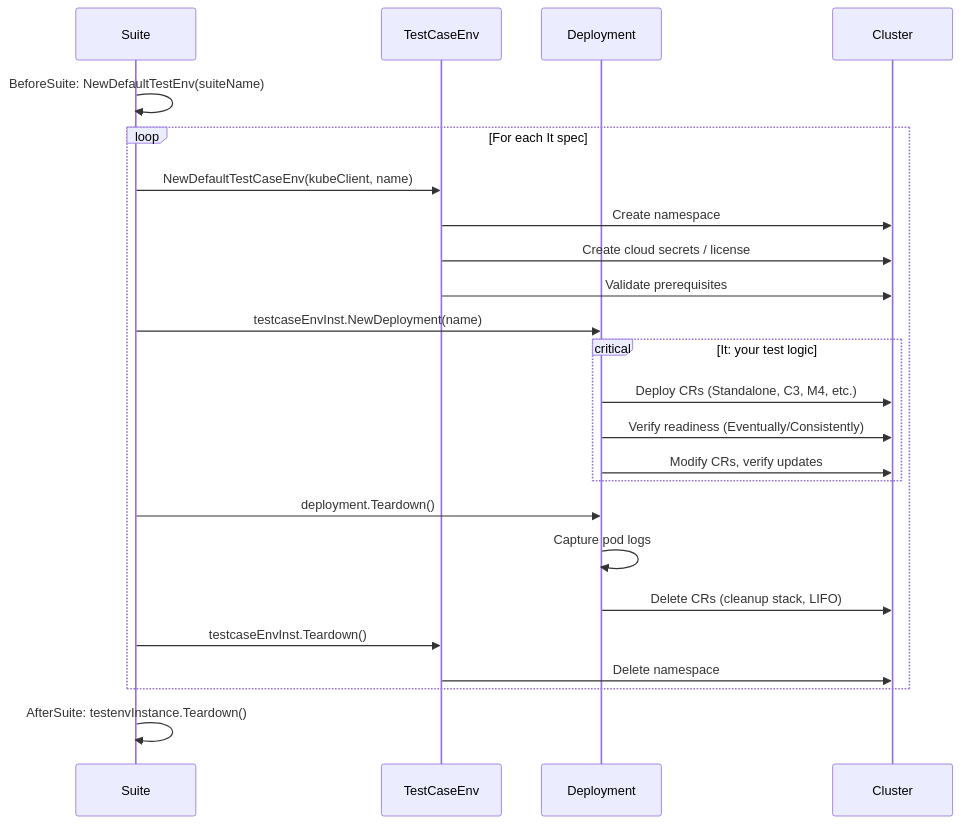
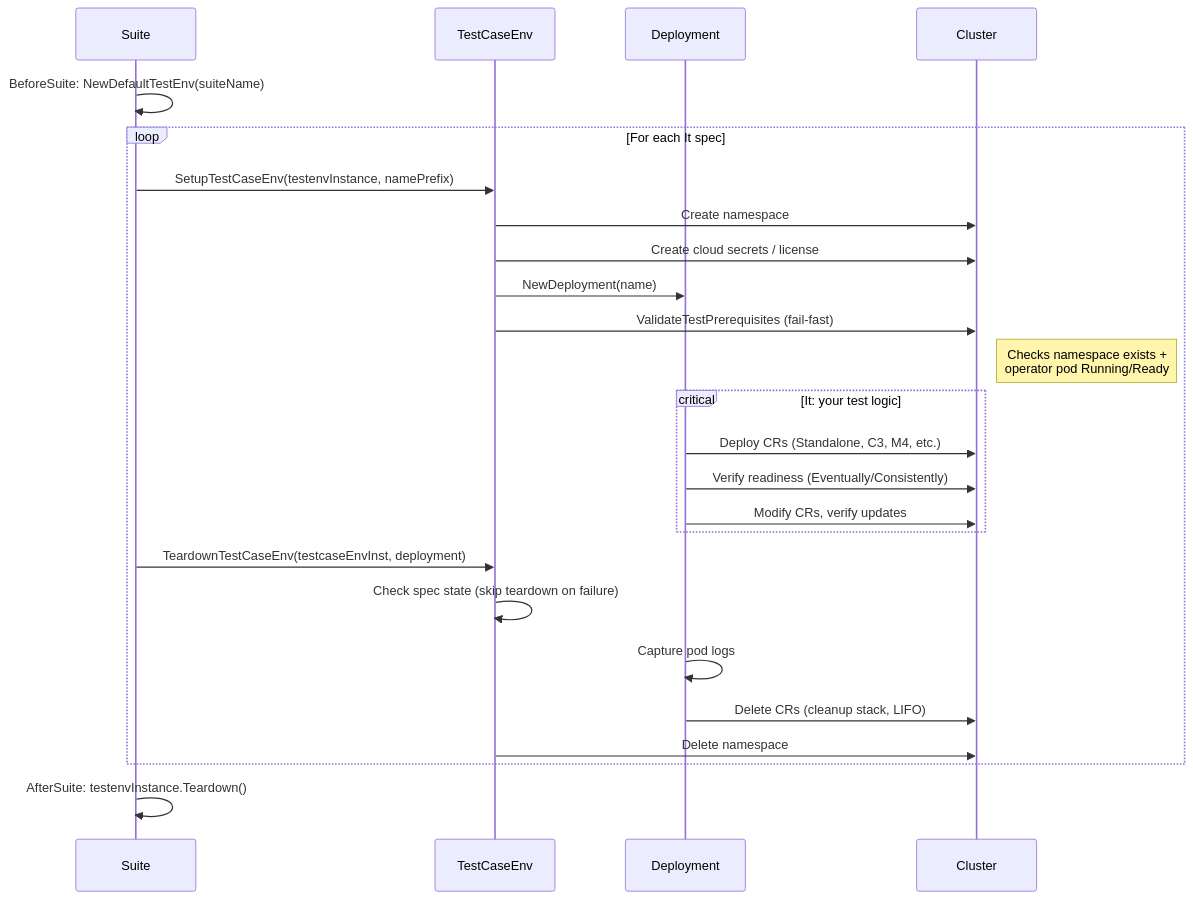
Before and after one commit to splunk/splunk-operator: the second of 2 diagrams in docs/IntegrationTesting.md, drawn with Mermaid. The commit also changed other lines of this file, not shown here.

````diff
--- a/docs/IntegrationTesting.md
+++ b/docs/IntegrationTesting.md
@@ -139,31 +140,32 @@
 ```mermaid
 sequenceDiagram
     participant Suite
     participant TestCaseEnv
     participant Deployment
     participant Cluster
 
     Suite->>Suite: BeforeSuite: NewDefaultTestEnv(suiteName)
 
     loop For each It spec
-        Suite->>TestCaseEnv: NewDefaultTestCaseEnv(kubeClient, name)
+        Suite->>TestCaseEnv: SetupTestCaseEnv(testenvInstance, namePrefix)
         TestCaseEnv->>Cluster: Create namespace
         TestCaseEnv->>Cluster: Create cloud secrets / license
-        TestCaseEnv->>Cluster: Validate prerequisites
-        Suite->>Deployment: testcaseEnvInst.NewDeployment(name)
+        TestCaseEnv->>Deployment: NewDeployment(name)
+        TestCaseEnv->>Cluster: ValidateTestPrerequisites (fail-fast)
+        Note right of Cluster: Checks namespace exists +<br/>operator pod Running/Ready
 
         critical It: your test logic
             Deployment->>Cluster: Deploy CRs (Standalone, C3, M4, etc.)
             Deployment->>Cluster: Verify readiness (Eventually/Consistently)
             Deployment->>Cluster: Modify CRs, verify updates
         end
 
-        Suite->>Deployment: deployment.Teardown()
+        Suite->>TestCaseEnv: TeardownTestCaseEnv(testcaseEnvInst, deployment)
+        TestCaseEnv->>TestCaseEnv: Check spec state (skip teardown on failure)
         Deployment->>Deployment: Capture pod logs
         Deployment->>Cluster: Delete CRs (cleanup stack, LIFO)
-        Suite->>TestCaseEnv: testcaseEnvInst.Teardown()
         TestCaseEnv->>Cluster: Delete namespace
     end
 
     Suite->>Suite: AfterSuite: testenvInstance.Teardown()
 ```
````
